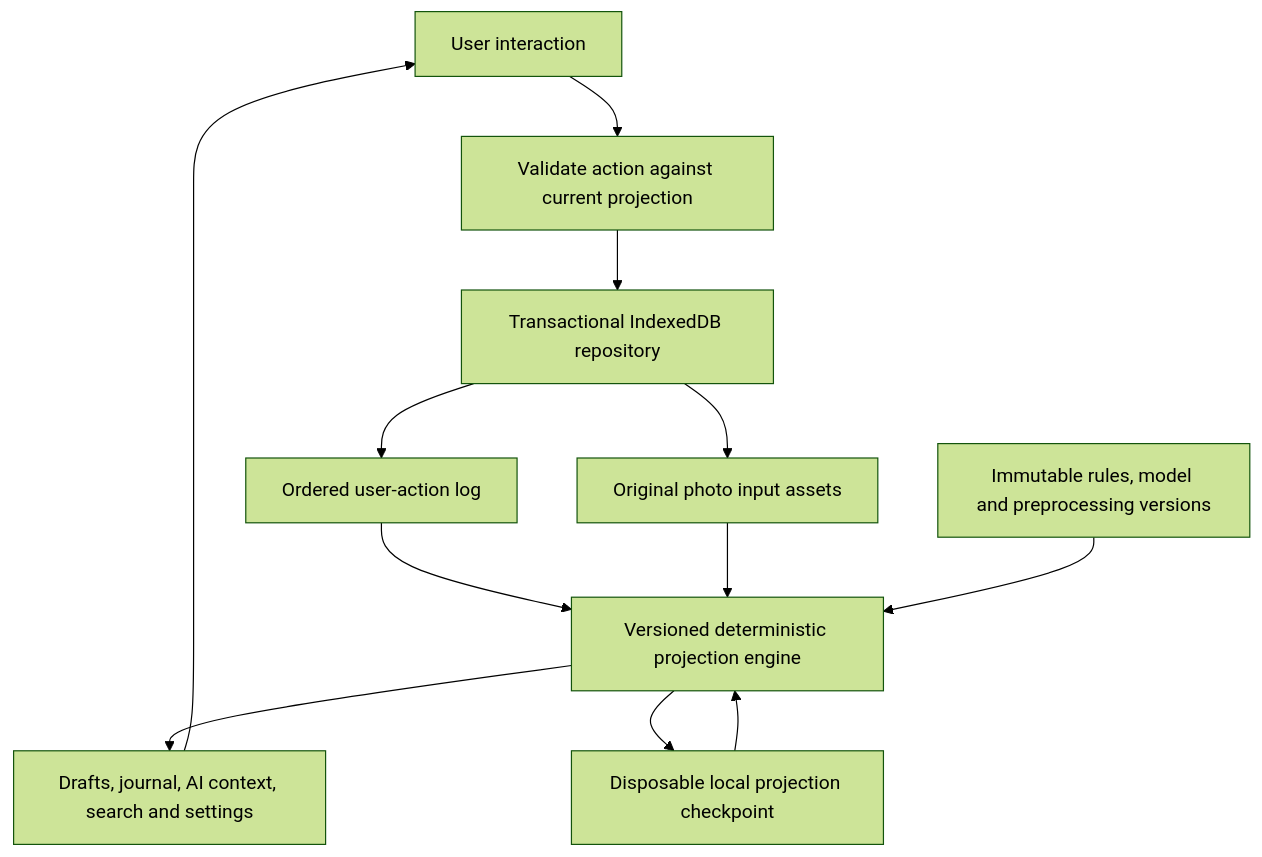
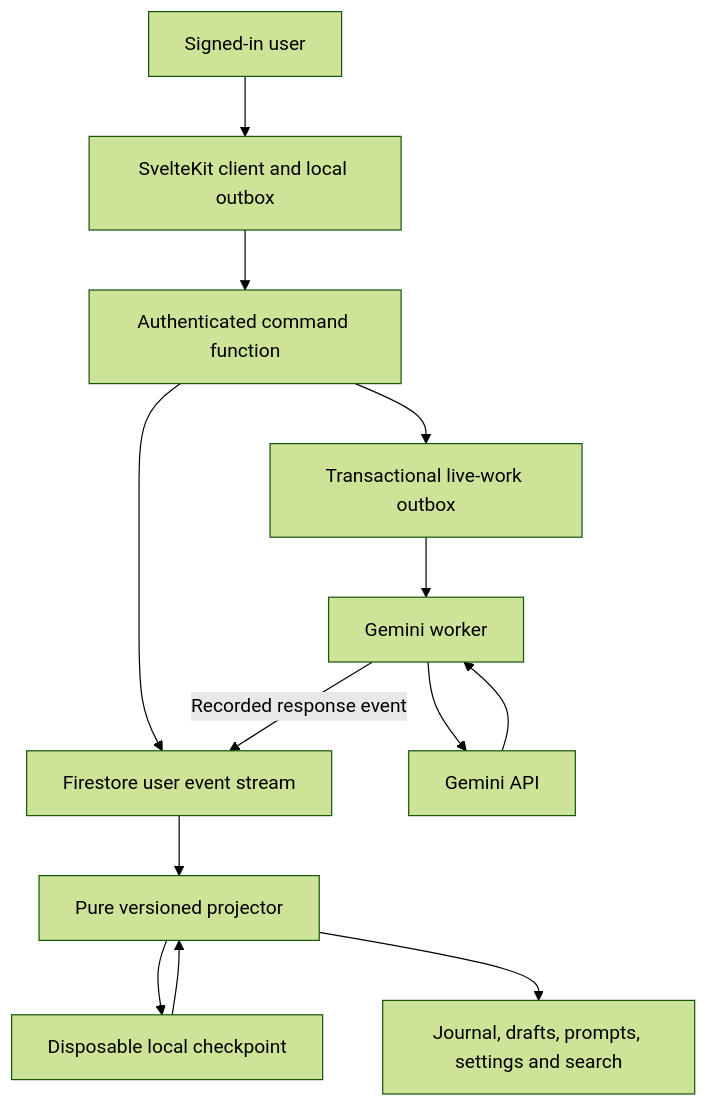
Before and after one commit to DrBrrl/gratitude: the diagram in MVP_DESIGN.md, drawn with Mermaid (forest theme). The commit also changed other lines of this file and 6 other files, not shown here.

Commit message:
Design Firebase Google-authenticated streams and recorded Gemini response events

````diff
--- a/MVP_DESIGN.md
+++ b/MVP_DESIGN.md
@@ -36,14 +37,15 @@
 ```mermaid
 flowchart TD
-  UI[User interaction] --> Commands[Validate action against current projection]
-  Commands --> Repository[Transactional IndexedDB repository]
-  Repository --> Actions[Ordered user-action log]
-  Repository --> Inputs[Original photo input assets]
-  Actions --> Projector[Versioned deterministic projection engine]
-  Inputs --> Projector
-  Models[Immutable rules, model and preprocessing versions] --> Projector
-  Checkpoint[Disposable local projection checkpoint] --> Projector
-  Projector --> Views[Drafts, journal, AI context, search and settings]
-  Projector --> Checkpoint
-  Views --> UI
+  User[Signed-in user] --> Client[SvelteKit client and local outbox]
+  Client --> Commands[Authenticated command function]
+  Commands --> Stream[Firestore user event stream]
+  Commands --> Jobs[Transactional live-work outbox]
+  Jobs --> Worker[Gemini worker]
+  Worker --> Gemini[Gemini API]
+  Gemini --> Worker
+  Worker -->|Recorded response event| Stream
+  Stream --> Projector[Pure versioned projector]
+  Cache[Disposable local checkpoint] --> Projector
+  Projector --> Cache
+  Projector --> UI[Journal, drafts, prompts, settings and search]
 ```
````
